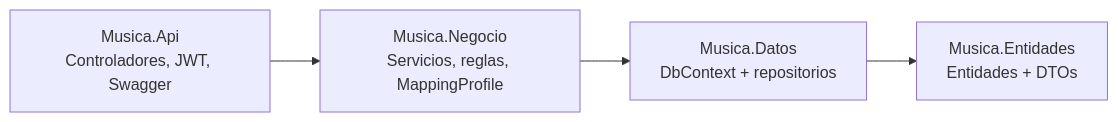
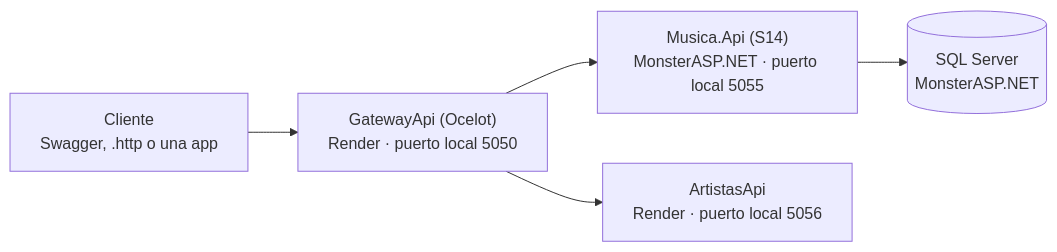
Before and after one commit to lynmad05/MusicaCapas: the diagram in README.md, drawn with Mermaid. The commit also changed other lines of this file, not shown here.

First line of the commit message:
Revise README for microservices and API Gateway updates

````diff
--- a/README.md
+++ b/README.md
@@ -65,6 +33,7 @@
 ```mermaid
 flowchart LR
-    API["Musica.Api<br/>Controladores, JWT, Swagger"] --> NEG["Musica.Negocio<br/>Servicios, reglas, MappingProfile"]
-    NEG --> DAT["Musica.Datos<br/>DbContext + repositorios"]
-    DAT --> ENT["Musica.Entidades<br/>Entidades + DTOs"]
+    C["Cliente<br/>Swagger, .http o una app"] --> G["GatewayApi (Ocelot)<br/>Render · puerto local 5050"]
+    G --> M1["Musica.Api (S14)<br/>MonsterASP.NET · puerto local 5055"]
+    G --> M2["ArtistasApi<br/>Render · puerto local 5056"]
+    M1 --> DB[("SQL Server<br/>MonsterASP.NET")]
 ```
````
